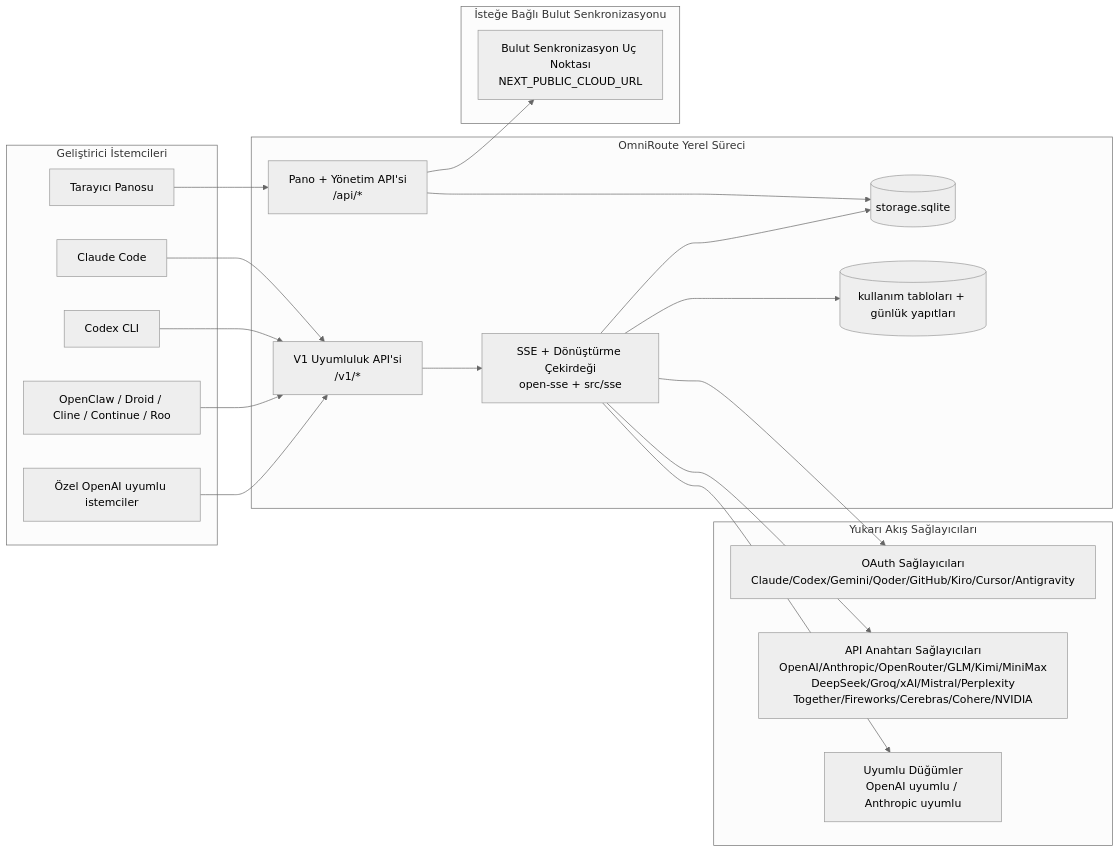
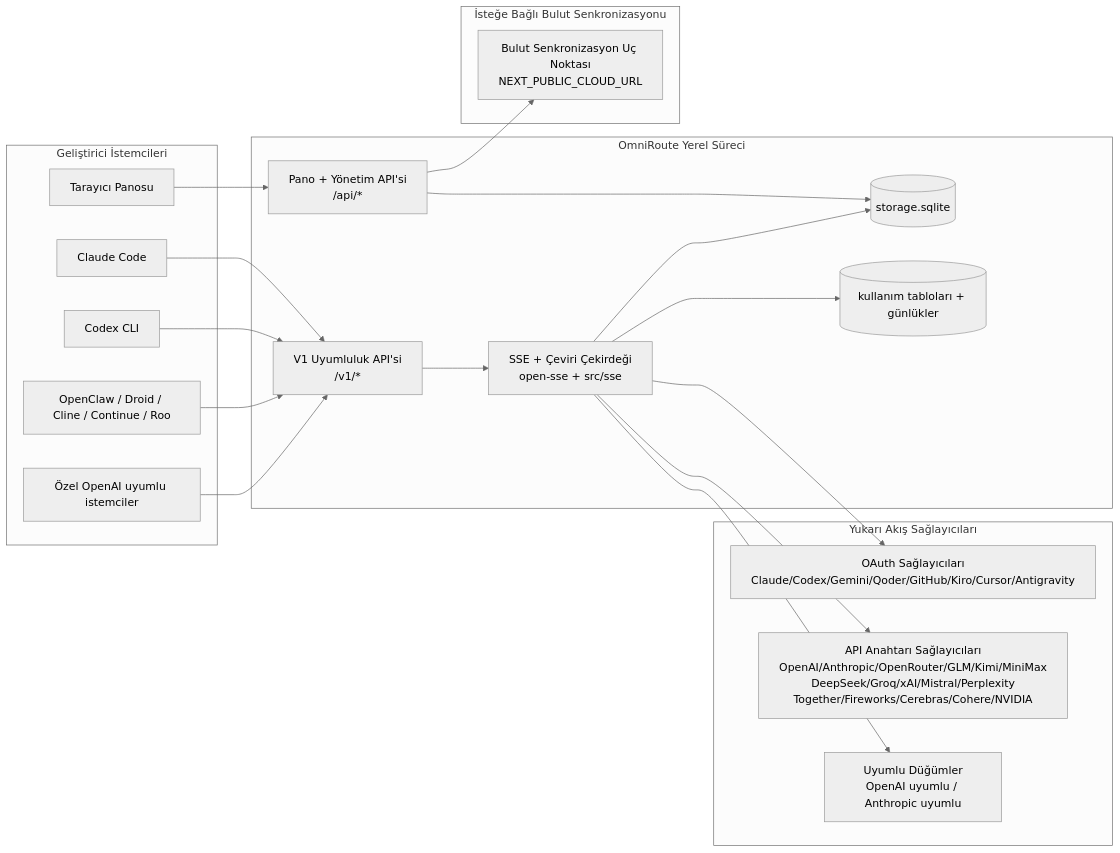
Before and after one commit to niyatna/NiyatnaRoute: the diagram in docs/i18n/tr/docs/architecture/ARCHITECTURE.md, drawn with Mermaid (neutral theme). The commit also changed other lines of this file and 2447 other files, not shown here.

````diff
--- a/docs/i18n/tr/docs/architecture/ARCHITECTURE.md
+++ b/docs/i18n/tr/docs/architecture/ARCHITECTURE.md
@@ -157,45 +164,45 @@
 ```mermaid
 flowchart LR
     subgraph Clients[Geliştirici İstemcileri]
         C1[Claude Code]
         C2[Codex CLI]
         C3[OpenClaw / Droid / Cline / Continue / Roo]
         C4[Özel OpenAI uyumlu istemciler]
         BROWSER[Tarayıcı Panosu]
     end
 
     subgraph Router[OmniRoute Yerel Süreci]
         API[V1 Uyumluluk API'si\n/v1/*]
         DASH[Pano + Yönetim API'si\n/api/*]
-        CORE[SSE + Dönüştürme Çekirdeği\nopen-sse + src/sse]
+        CORE[SSE + Çeviri Çekirdeği\nopen-sse + src/sse]
         DB[(storage.sqlite)]
-        UDB[(kullanım tabloları + günlük yapıtları)]
+        UDB[(kullanım tabloları + günlükler)]
     end
 
     subgraph Upstreams[Yukarı Akış Sağlayıcıları]
         P1[OAuth Sağlayıcıları\nClaude/Codex/Gemini/Qoder/GitHub/Kiro/Cursor/Antigravity]
         P2[API Anahtarı Sağlayıcıları\nOpenAI/Anthropic/OpenRouter/GLM/Kimi/MiniMax\nDeepSeek/Groq/xAI/Mistral/Perplexity\nTogether/Fireworks/Cerebras/Cohere/NVIDIA]
         P3[Uyumlu Düğümler\nOpenAI uyumlu / Anthropic uyumlu]
     end
 
     subgraph Cloud[İsteğe Bağlı Bulut Senkronizasyonu]
         CLOUD[Bulut Senkronizasyon Uç Noktası\nNEXT_PUBLIC_CLOUD_URL]
     end
 
     C1 --> API
     C2 --> API
     C3 --> API
     C4 --> API
     BROWSER --> DASH
 
     API --> CORE
     DASH --> DB
     CORE --> DB
     CORE --> UDB
 
     CORE --> P1
     CORE --> P2
     CORE --> P3
 
     DASH --> CLOUD
 ```
````
